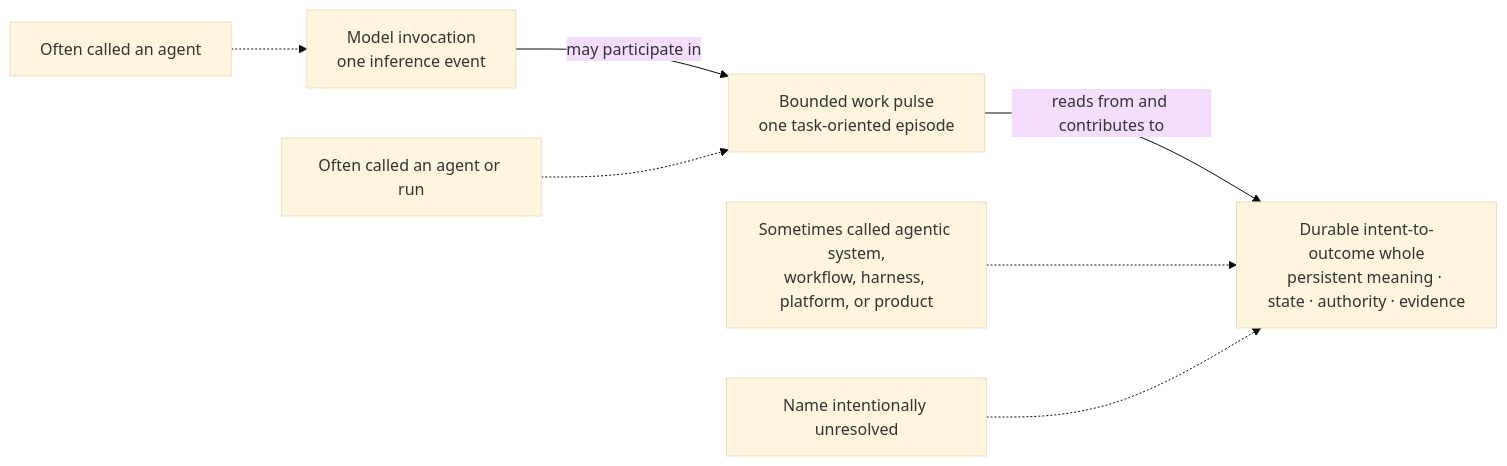
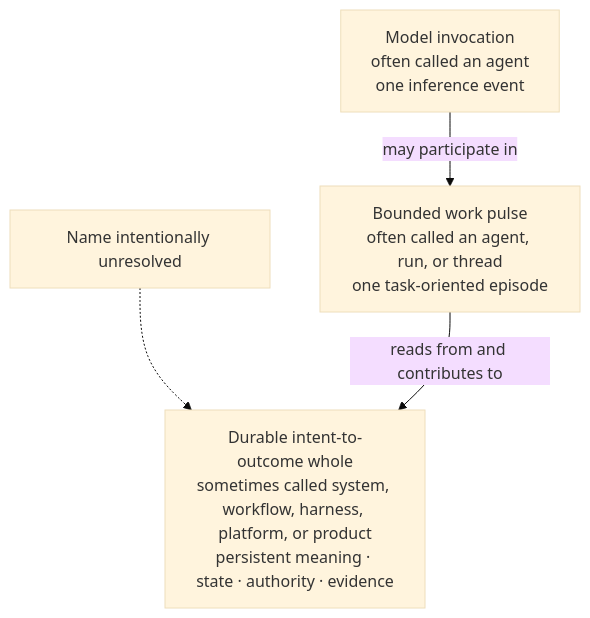
One commit to yiwei79/root-azoth changed the first of 5 diagrams in docs/INTENT_TO_OUTCOME_ENGINEERING.md. Above: the diagram before and after it, drawn with Mermaid (base theme). The commit also changed other lines of this file and 4 other files, not shown here.

````diff
--- a/docs/INTENT_TO_OUTCOME_ENGINEERING.md
+++ b/docs/INTENT_TO_OUTCOME_ENGINEERING.md
@@ -43,14 +43,10 @@
 ```mermaid
-flowchart LR
-    M["Model invocation<br/>one inference event"]
-    P["Bounded work pulse<br/>one task-oriented episode"]
-    D["Durable intent-to-outcome whole<br/>persistent meaning · state · authority · evidence"]
+flowchart TB
+    M["Model invocation<br/>often called an agent<br/>one inference event"]
+    P["Bounded work pulse<br/>often called an agent, run, or thread<br/>one task-oriented episode"]
+    D["Durable intent-to-outcome whole<br/>sometimes called system, workflow, harness, platform, or product<br/>persistent meaning · state · authority · evidence"]
+    U["Name intentionally unresolved"] -.-> D
 
     M -->|may participate in| P
     P -->|reads from and contributes to| D
-
-    Q1["Often called an agent"] -.-> M
-    Q2["Often called an agent or run"] -.-> P
-    Q3["Sometimes called agentic system,<br/>workflow, harness, platform, or product"] -.-> D
-    U["Name intentionally unresolved"] -.-> D
 ```
````
